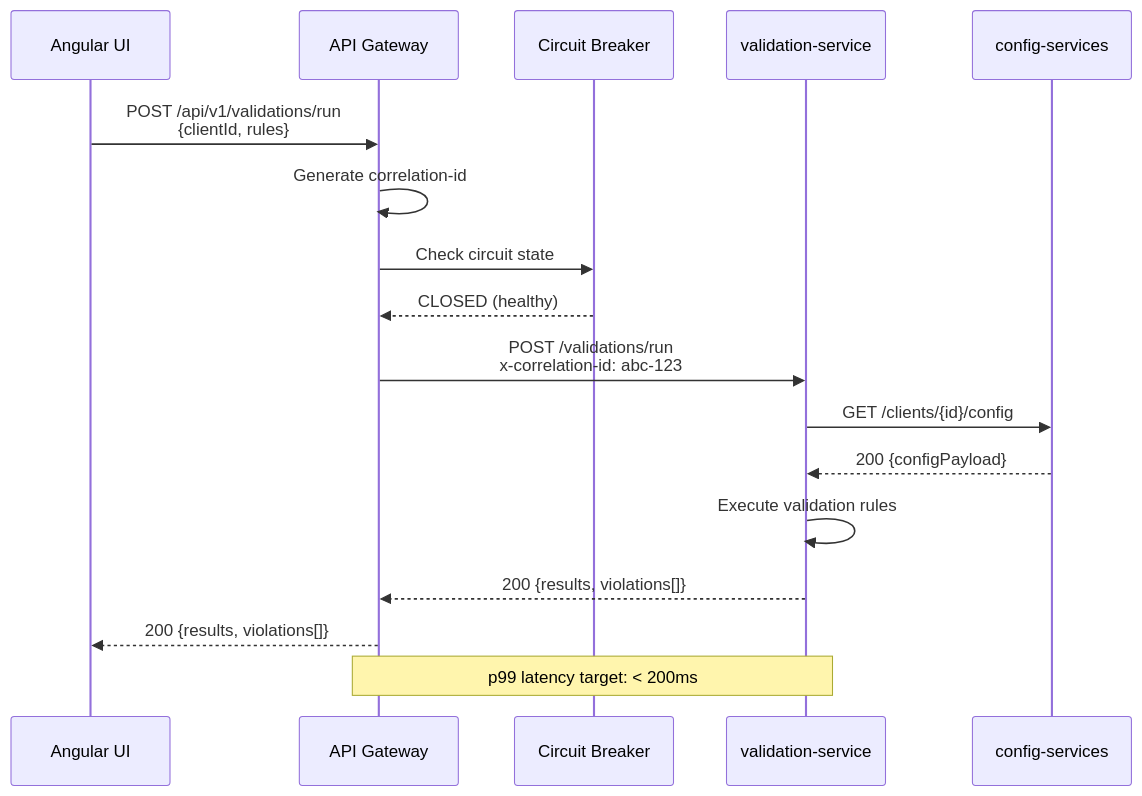
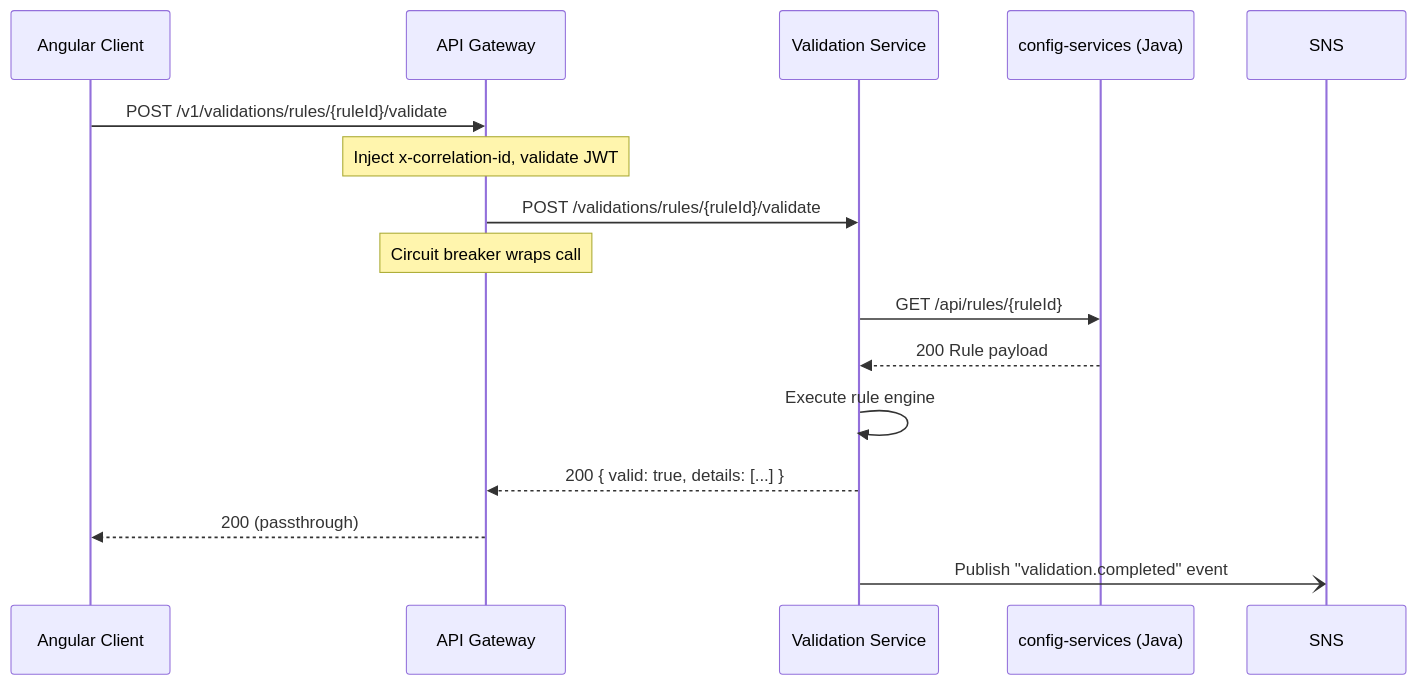
Before and after one commit to rsanchez-disney/steer-runtime: the fourth of 13 diagrams in tests/orchestration/architecture_spec_agent.md, drawn with Mermaid. The commit also changed other lines of this file and 5 other files, not shown here.

````diff
--- a/tests/orchestration/architecture_spec_agent.md
+++ b/tests/orchestration/architecture_spec_agent.md
@@ -284,21 +137,18 @@
 ```mermaid
 sequenceDiagram
-    participant UI as Angular UI
+    participant UI as Angular Client
     participant GW as API Gateway
-    participant CB as Circuit Breaker
-    participant VS as validation-service
-    participant CS as config-services
+    participant VS as Validation Service
+    participant CS as config-services (Java)
 
-    UI->>GW: POST /api/v1/validations/run<br/>{clientId, rules}
-    GW->>GW: Generate correlation-id
-    GW->>CB: Check circuit state
-    CB-->>GW: CLOSED (healthy)
-    GW->>VS: POST /validations/run<br/>x-correlation-id: abc-123
-    VS->>CS: GET /clients/{id}/config
-    CS-->>VS: 200 {configPayload}
-    VS->>VS: Execute validation rules
-    VS-->>GW: 200 {results, violations[]}
-    GW-->>UI: 200 {results, violations[]}
-
-    Note over GW,VS: p99 latency target: < 200ms
+    UI->>GW: POST /v1/validations/rules/{ruleId}/validate
+    Note over GW: Inject x-correlation-id, validate JWT
+    GW->>VS: POST /validations/rules/{ruleId}/validate
+    Note over GW: Circuit breaker wraps call
+    VS->>CS: GET /api/rules/{ruleId}
+    CS-->>VS: 200 Rule payload
+    VS->>VS: Execute rule engine
+    VS-->>GW: 200 { valid: true, details: [...] }
+    GW-->>UI: 200 (passthrough)
+    VS-)SNS: Publish "validation.completed" event
 ```
````
